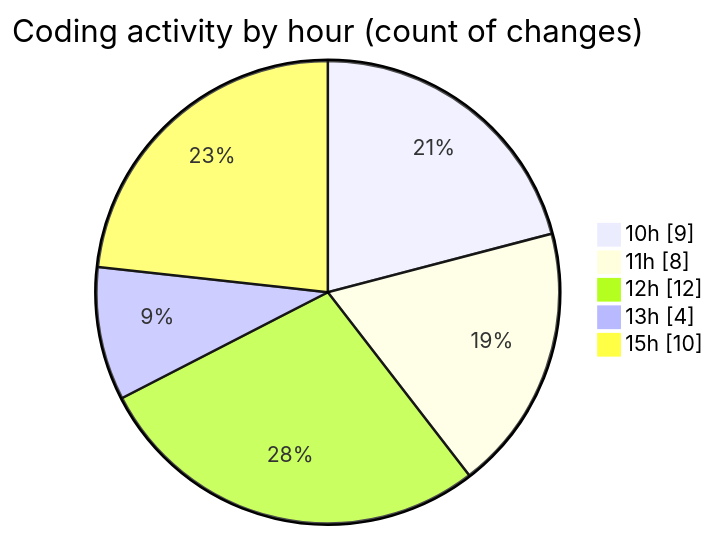
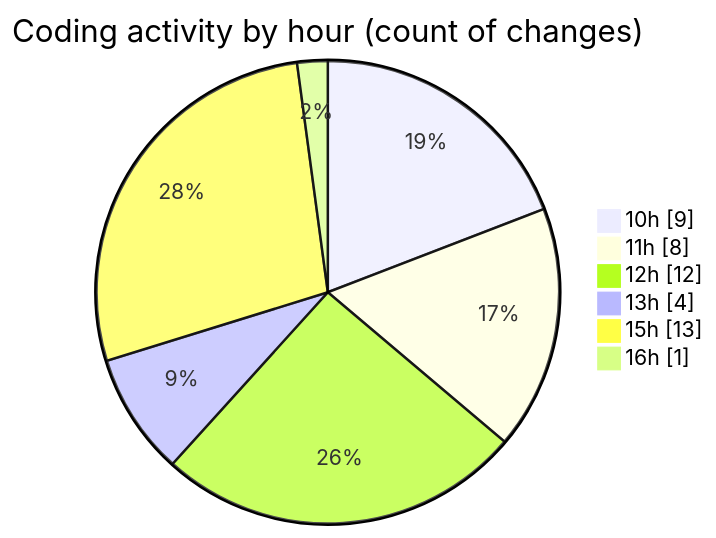
One commit to nxtqubesakshisongat/code-tracking changed the second of 2 diagrams in 2026-04-16/airfeed-analytics-dashboard/README.md. Above: the diagram before and after it, drawn with Mermaid. The commit also changed other lines of this file and 1 other file, not shown here.

````diff
--- a/2026-04-16/airfeed-analytics-dashboard/README.md
+++ b/2026-04-16/airfeed-analytics-dashboard/README.md
@@ -39,9 +40,10 @@
 ```mermaid
 pie showData
 title Coding activity by hour (count of changes)
 "10h" : 9
 "11h" : 8
 "12h" : 12
 "13h" : 4
-"15h" : 10
+"15h" : 13
+"16h" : 1
 ```
````
